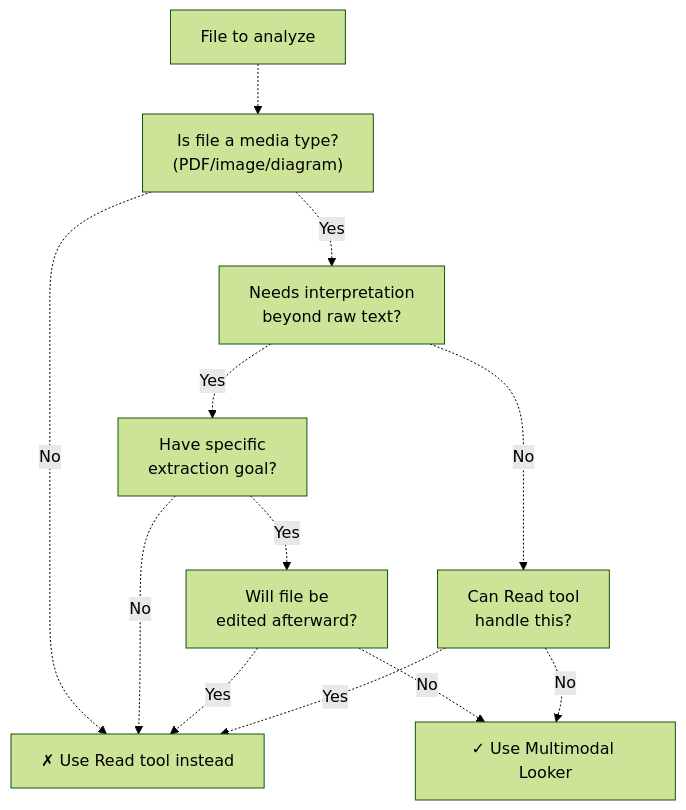
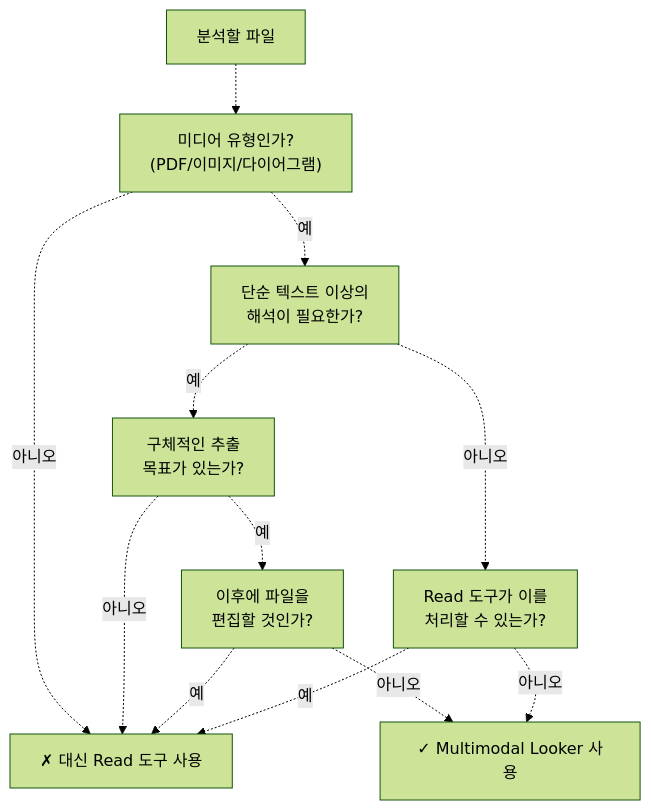
One commit to felipetruman/oh-my-opencode-docs changed the second of 6 diagrams in docs/agents/multimodal-looker.md. Above: the diagram before and after it, drawn with Mermaid (forest theme). The commit also changed other lines of this file and 76 other files, not shown here.

````diff
--- a/docs/agents/multimodal-looker.md
+++ b/docs/agents/multimodal-looker.md
@@ -126,24 +122,24 @@
 ```mermaid
 flowchart TD
 
-Start["File to analyze"]
-IsMedia["Is file a media type?<br>(PDF/image/diagram)"]
-NeedsInterpretation["Needs interpretation<br>beyond raw text?"]
-HasGoal["Have specific<br>extraction goal?"]
-CanUseRead["Can Read tool<br>handle this?"]
-WillEdit["Will file be<br>edited afterward?"]
-UseMultimodal["✓ Use Multimodal Looker"]
-UseRead["✗ Use Read tool instead"]
+Start["분석할 파일"]
+IsMedia["미디어 유형인가?<br>(PDF/이미지/다이어그램)"]
+NeedsInterpretation["단순 텍스트 이상의<br>해석이 필요한가?"]
+HasGoal["구체적인 추출<br>목표가 있는가?"]
+CanUseRead["Read 도구가 이를<br>처리할 수 있는가?"]
+WillEdit["이후에 파일을<br>편집할 것인가?"]
+UseMultimodal["✓ Multimodal Looker 사용"]
+UseRead["✗ 대신 Read 도구 사용"]
 
 Start -.-> IsMedia
-IsMedia -.->|"No"| UseRead
-IsMedia -.->|"Yes"| NeedsInterpretation
-NeedsInterpretation -.->|"No"| CanUseRead
-NeedsInterpretation -.->|"Yes"| HasGoal
-HasGoal -.->|"No"| UseRead
-HasGoal -.->|"Yes"| WillEdit
-WillEdit -.->|"Yes"| UseRead
-WillEdit -.->|"No"| UseMultimodal
-CanUseRead -.->|"Yes"| UseRead
-CanUseRead -.->|"No"| UseMultimodal
+IsMedia -.->|"아니오"| UseRead
+IsMedia -.->|"예"| NeedsInterpretation
+NeedsInterpretation -.->|"아니오"| CanUseRead
+NeedsInterpretation -.->|"예"| HasGoal
+HasGoal -.->|"아니오"| UseRead
+HasGoal -.->|"예"| WillEdit
+WillEdit -.->|"예"| UseRead
+WillEdit -.->|"아니오"| UseMultimodal
+CanUseRead -.->|"예"| UseRead
+CanUseRead -.->|"아니오"| UseMultimodal
 ```
````
